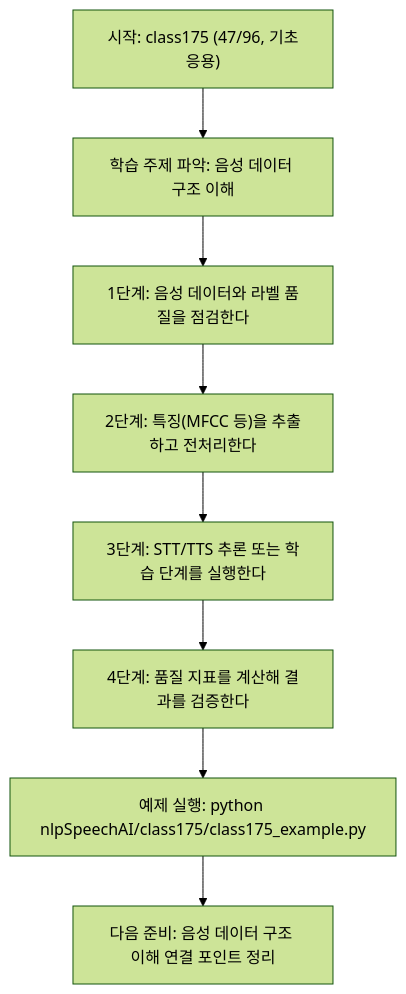
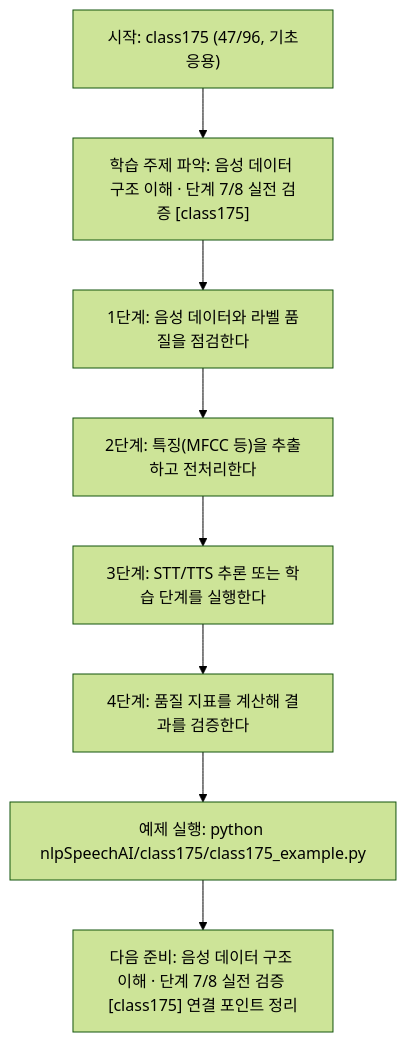
One commit to edumgt/Python-AI_Agent-Class changed the diagram in nlpSpeechAI/class175/class175.md. Above: the diagram before and after it, drawn with Mermaid (forest theme). The commit also changed other lines of this file and 522 other files, not shown here.

````diff
--- a/nlpSpeechAI/class175/class175.md
+++ b/nlpSpeechAI/class175/class175.md
@@ -114,18 +115,18 @@
 ```mermaid
 flowchart TD
 N1["시작: class175 (47/96, 기초응용)"]
-N2["학습 주제 파악: 음성 데이터 구조 이해"]
+N2["학습 주제 파악: 음성 데이터 구조 이해 · 단계 7/8 실전 검증 [class175]"]
 N3["1단계: 음성 데이터와 라벨 품질을 점검한다"]
 N4["2단계: 특징(MFCC 등)을 추출하고 전처리한다"]
 N5["3단계: STT/TTS 추론 또는 학습 단계를 실행한다"]
 N6["4단계: 품질 지표를 계산해 결과를 검증한다"]
 N7["예제 실행: python nlpSpeechAI/class175/class175_example.py"]
-N8["다음 준비: 음성 데이터 구조 이해 연결 포인트 정리"]
+N8["다음 준비: 음성 데이터 구조 이해 · 단계 7/8 실전 검증 [class175] 연결 포인트 정리"]
 N1 --> N2
 N2 --> N3
 N3 --> N4
 N4 --> N5
 N5 --> N6
 N6 --> N7
 N7 --> N8
 ```
````
